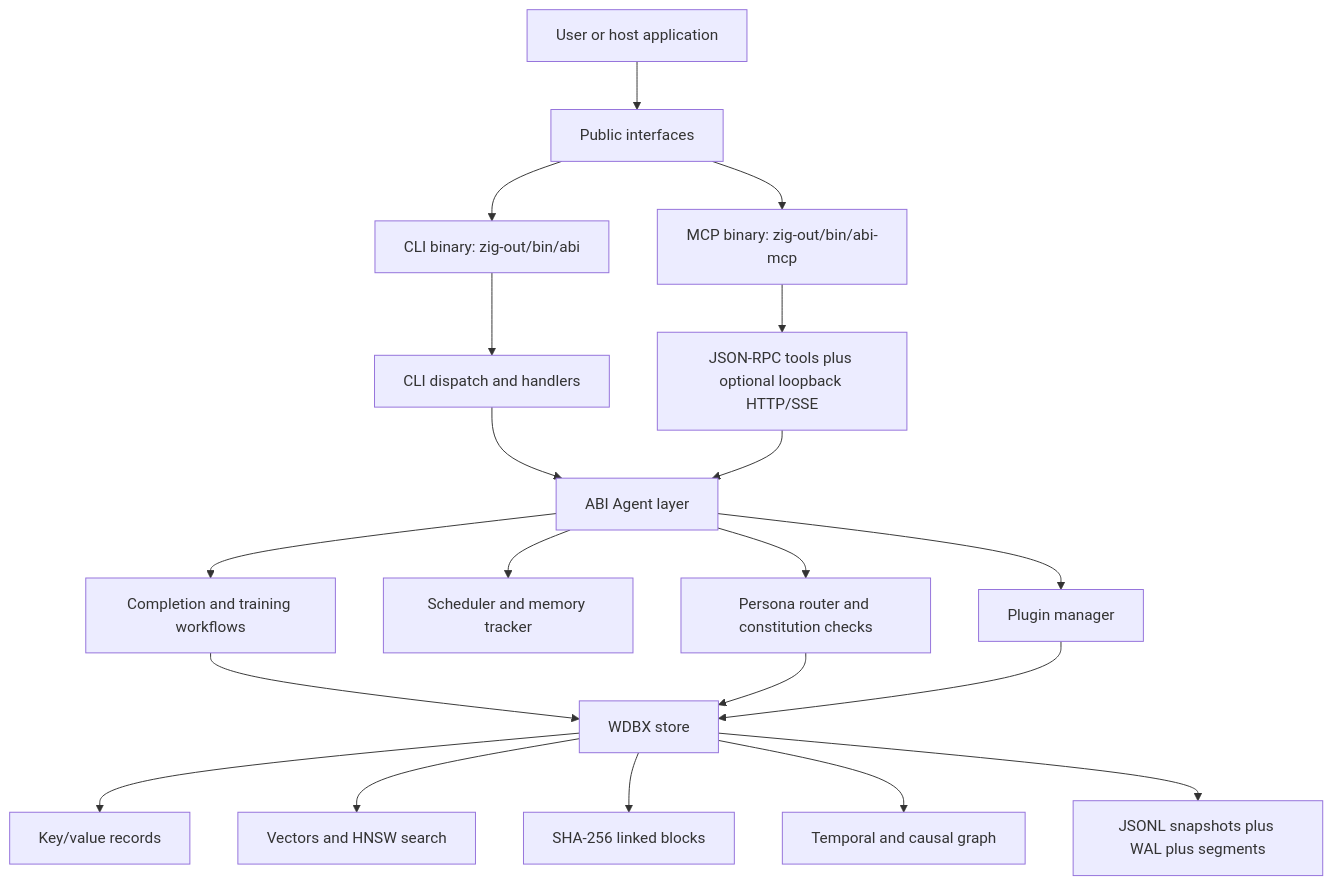
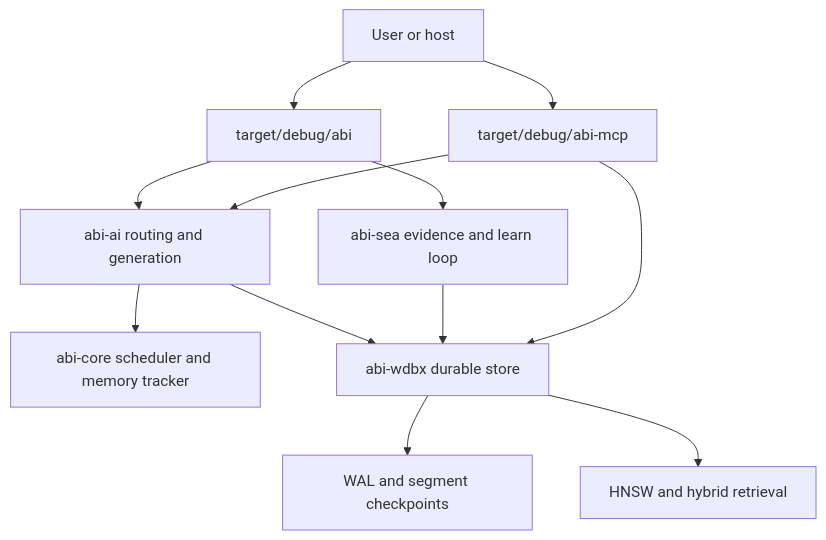
Before and after one commit to donaldfilimon/abi: the diagram in docs/spec/agent-wdbx-architecture.mdx, drawn with Mermaid. The commit also changed other lines of this file and 53 other files, not shown here.

````diff
--- a/docs/spec/agent-wdbx-architecture.mdx
+++ b/docs/spec/agent-wdbx-architecture.mdx
@@ -23,26 +21,14 @@
 ```mermaid
 flowchart TD
-    U[User or host application] --> I[Public interfaces]
-    I --> CLI[CLI binary: zig-out/bin/abi]
-    I --> MCP[MCP binary: zig-out/bin/abi-mcp]
-
-    CLI --> DISP[CLI dispatch and handlers]
-    MCP --> RPC[JSON-RPC tools plus optional loopback HTTP/SSE]
-    DISP --> AGENT[ABI Agent layer]
-    RPC --> AGENT
-
-    AGENT --> ROUTER[Persona router and constitution checks]
-    AGENT --> SCHED[Scheduler and memory tracker]
-    AGENT --> COMP[Completion and training workflows]
-    AGENT --> PLUG[Plugin manager]
-
-    COMP --> WDBX[WDBX store]
-    ROUTER --> WDBX
-    PLUG --> WDBX
-
-    WDBX --> KV[Key/value records]
-    WDBX --> VEC[Vectors and HNSW search]
-    WDBX --> BLK[SHA-256 linked blocks]
-    WDBX --> TEMP[Temporal and causal graph]
-    WDBX --> PERS[JSONL snapshots plus WAL plus segments]
+    U[User or host] --> CLI[target/debug/abi]
+    U --> MCP[target/debug/abi-mcp]
+    CLI --> AIR[abi-ai routing and generation]
+    MCP --> AIR
+    CLI --> SEA[abi-sea evidence and learn loop]
+    AIR --> CORE[abi-core scheduler and memory tracker]
+    AIR --> WDBX[abi-wdbx durable store]
+    SEA --> WDBX
+    MCP --> WDBX
+    WDBX --> WAL[WAL and segment checkpoints]
+    WDBX --> IDX[HNSW and hybrid retrieval]
 ```
````
